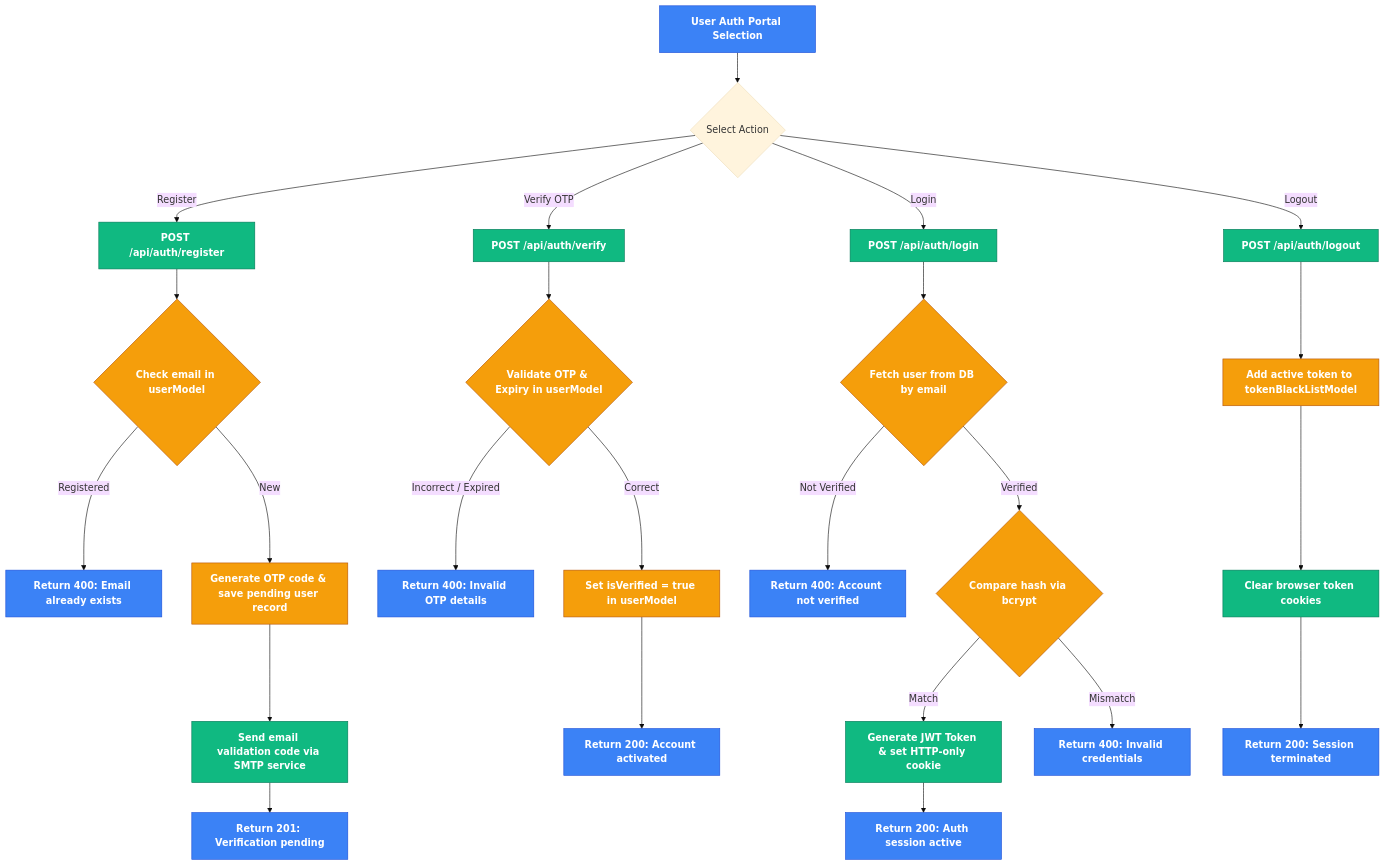
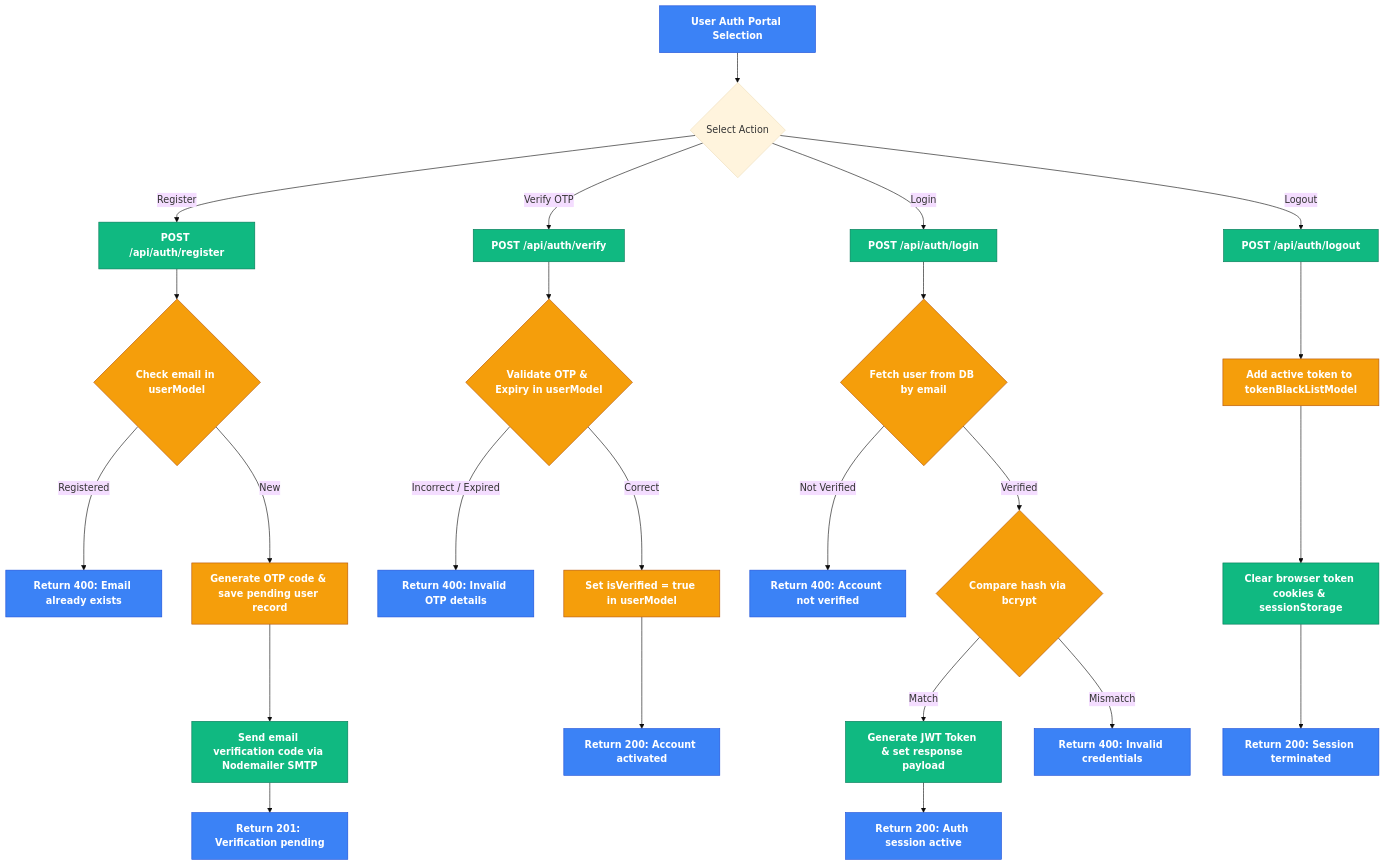
The second of 6 diagrams in README.md (nihar5776/Banking-System), drawn with Mermaid (base theme) before and after one commit. The commit also changed other lines of this file, not shown here.

Commit message:
docs: complete redesign of README.md with detailed file links, API specs, and 5 Mermaid workflow diagrams

````diff
--- a/README.md
+++ b/README.md
@@ -97,40 +238,40 @@
 ```mermaid
 graph TD
     classDef client fill:#3b82f6,stroke:#1d4ed8,color:#fff,font-weight:bold;
     classDef server fill:#10b981,stroke:#047857,color:#fff,font-weight:bold;
     classDef db fill:#f59e0b,stroke:#b45309,color:#fff,font-weight:bold;
     
     Start["User Auth Portal Selection"] --> Route{Select Action}
     
     %% Register
     Route -->|Register| Register["POST /api/auth/register"]:::server
     Register --> FindUser{"Check email in userModel"}:::db
     FindUser -->|Registered| RegFail["Return 400: Email already exists"]:::server
     FindUser -->|New| SaveOtp["Generate OTP code & save pending user record"]:::db
-    SaveOtp --> SendMail["Send email validation code via SMTP service"]:::server
+    SaveOtp --> SendMail["Send email verification code via Nodemailer SMTP"]:::server
     SendMail --> RegSuccess["Return 201: Verification pending"]:::server
     
     %% Verify OTP
     Route -->|Verify OTP| Verify["POST /api/auth/verify"]:::server
     Verify --> CheckOtp{"Validate OTP & Expiry in userModel"}:::db
     CheckOtp -->|Incorrect / Expired| VerifyFail["Return 400: Invalid OTP details"]:::server
     CheckOtp -->|Correct| ActivateUser["Set isVerified = true in userModel"]:::db
     ActivateUser --> VerifySuccess["Return 200: Account activated"]:::server
     
     %% Login
     Route -->|Login| Login["POST /api/auth/login"]:::server
     Login --> LoadUser{"Fetch user from DB by email"}:::db
     LoadUser -->|Not Verified| LoginUnverified["Return 400: Account not verified"]:::server
     LoadUser -->|Verified| CompareHash{"Compare hash via bcrypt"}:::db
-    CompareHash -->|Match| SetCookie["Generate JWT Token & set HTTP-only cookie"]:::server
+    CompareHash -->|Match| SetCookie["Generate JWT Token & set response payload"]:::server
     CompareHash -->|Mismatch| LoginFail["Return 400: Invalid credentials"]:::server
     SetCookie --> LoginSuccess["Return 200: Auth session active"]:::server
     
     %% Logout
     Route -->|Logout| Logout["POST /api/auth/logout"]:::server
     Logout --> InvalidateToken["Add active token to tokenBlackListModel"]:::db
-    InvalidateToken --> ClearCookie["Clear browser token cookies"]:::server
+    InvalidateToken --> ClearCookie["Clear browser token cookies & sessionStorage"]:::server
     ClearCookie --> LogoutSuccess["Return 200: Session terminated"]:::server
 
     class Start,RegFail,RegSuccess,VerifyFail,VerifySuccess,LoginUnverified,LoginFail,LoginSuccess,LogoutSuccess client;
 ```
````
